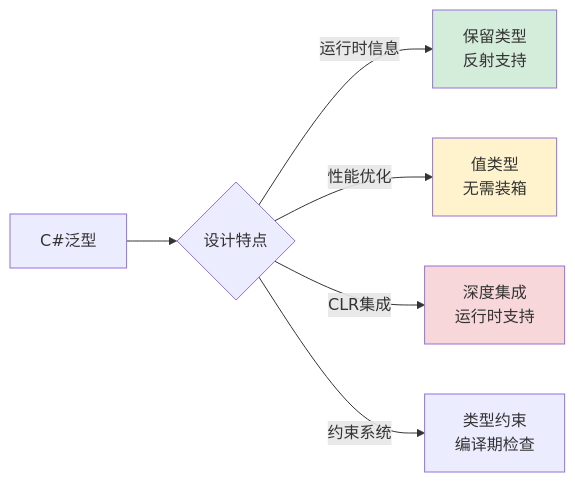
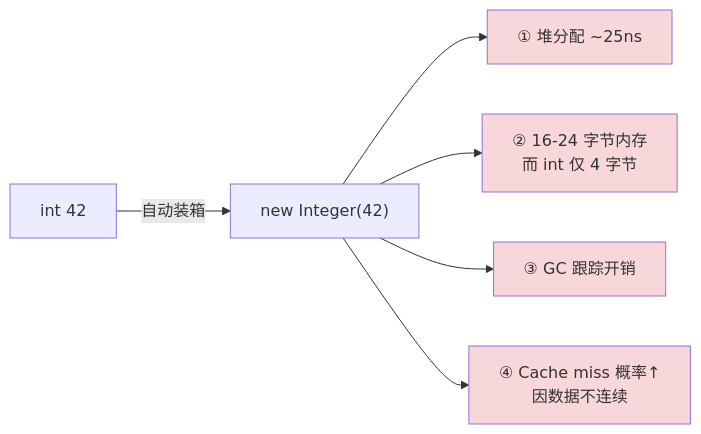
Before and after one commit to chongyang211/YCBookBlog: diagram 25 of 28 in 00.通用技术的提升/02.程序编程原理/04.泛型设计灵魂思想.md, drawn with Mermaid. The commit also changed other lines of this file and 6 other files, not shown here.

````diff
--- a/00.通用技术的提升/02.程序编程原理/04.泛型设计灵魂思想.md
+++ b/00.通用技术的提升/02.程序编程原理/04.泛型设计灵魂思想.md
@@ -1347,12 +2647,13 @@
 ```mermaid
-graph LR
-    A[C#泛型] --> B{设计特点}
-    B -->|运行时信息| C[保留类型<br/>反射支持]
-    B -->|性能优化| D[值类型<br/>无需装箱]
-    B -->|CLR集成| E[深度集成<br/>运行时支持]
-    B -->|约束系统| F[类型约束<br/>编译期检查]
+flowchart LR
+    A[int 42] -->|自动装箱| B["new Integer(42)"]
+    B --> C[① 堆分配 ~25ns]
+    B --> D[② 16-24 字节内存<br/>而 int 仅 4 字节]
+    B --> E[③ GC 跟踪开销]
+    B --> F[④ Cache miss 概率↑<br/>因数据不连续]
     
-    style C fill:#d4edda
-    style D fill:#fff3cd
+    style C fill:#f8d7da
+    style D fill:#f8d7da
     style E fill:#f8d7da
+    style F fill:#f8d7da
 ```
````
